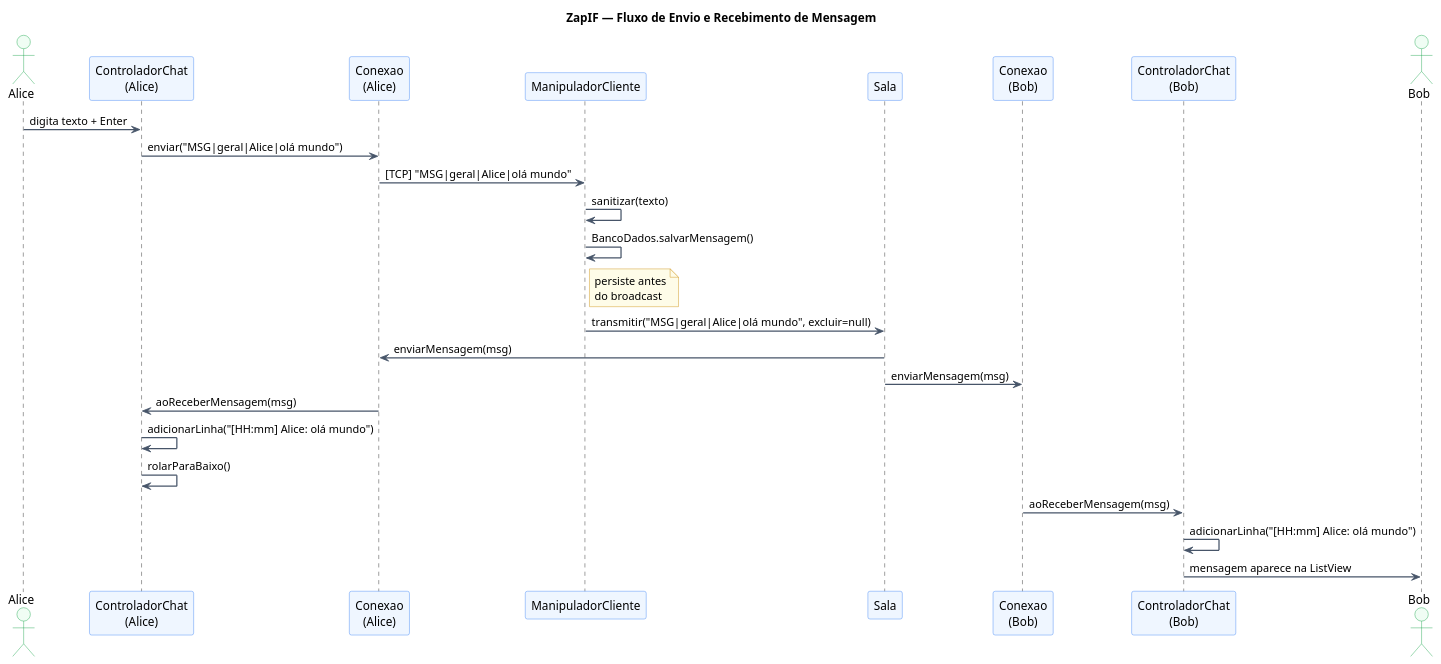
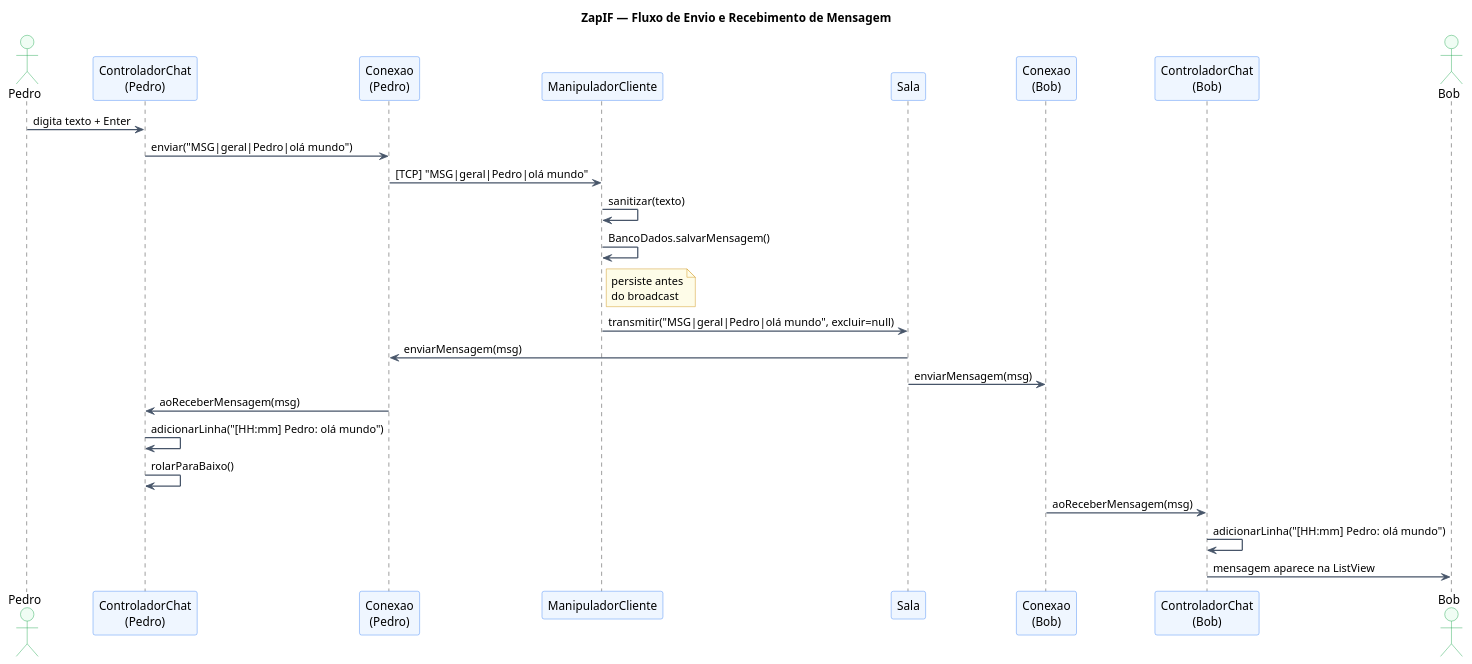
Before and after one commit to ErickHTF/ZapIF: the second of 3 diagrams in uml/diagrams.puml, drawn with PlantUML. The commit also changed 1 other file, not shown here.

Commit message:
feat/diagramas-asta - fix: adicao para modelagem asta conforme puml

```diff
--- a/uml/diagrams.puml
+++ b/uml/diagrams.puml
@@ -77,45 +77,45 @@
 @startuml sequencia_chat
 title ZapIF — Fluxo de Envio e Recebimento de Mensagem
 
 skinparam Shadowing false
 skinparam SequenceArrowThickness 1.5
 skinparam SequenceBoxBackgroundColor #F8FAFC
 skinparam SequenceBoxBorderColor #94A3B8
 skinparam ActorBackgroundColor #F0FDF4
 skinparam ActorBorderColor #16A34A
 skinparam ParticipantBackgroundColor #EFF6FF
 skinparam ParticipantBorderColor #3B82F6
 skinparam ArrowColor #475569
 skinparam NoteBackgroundColor #FEFCE8
 skinparam NoteBorderColor #CA8A04
 
-actor       "Alice"              as A
-participant "ControladorChat\n(Alice)" as CCA
-participant "Conexao\n(Alice)"   as CNA
+actor       "Pedro"              as A
+participant "ControladorChat\n(Pedro)" as CCA
+participant "Conexao\n(Pedro)"   as CNA
 participant "ManipuladorCliente" as MC
 participant "Sala"               as S
 participant "Conexao\n(Bob)"     as CNB
 participant "ControladorChat\n(Bob)" as CCB
 actor       "Bob"                as B
 
 A   -> CCA : digita texto + Enter
-CCA -> CNA : enviar("MSG|geral|Alice|olá mundo")
-CNA -> MC  : [TCP] "MSG|geral|Alice|olá mundo"
+CCA -> CNA : enviar("MSG|geral|Pedro|olá mundo")
+CNA -> MC  : [TCP] "MSG|geral|Pedro|olá mundo"
 
 MC  -> MC  : sanitizar(texto)
 MC  -> MC  : BancoDados.salvarMensagem()
 note right of MC : persiste antes\ndo broadcast
 
-MC  -> S   : transmitir("MSG|geral|Alice|olá mundo", excluir=null)
+MC  -> S   : transmitir("MSG|geral|Pedro|olá mundo", excluir=null)
 
 S   -> CNA : enviarMensagem(msg)
 S   -> CNB : enviarMensagem(msg)
 
 CNA -> CCA : aoReceberMensagem(msg)
-CCA -> CCA : adicionarLinha("[HH:mm] Alice: olá mundo")
+CCA -> CCA : adicionarLinha("[HH:mm] Pedro: olá mundo")
 CCA -> CCA : rolarParaBaixo()
 
 CNB -> CCB : aoReceberMensagem(msg)
-CCB -> CCB : adicionarLinha("[HH:mm] Alice: olá mundo")
+CCB -> CCB : adicionarLinha("[HH:mm] Pedro: olá mundo")
 CCB -> B   : mensagem aparece na ListView
 @enduml
```
